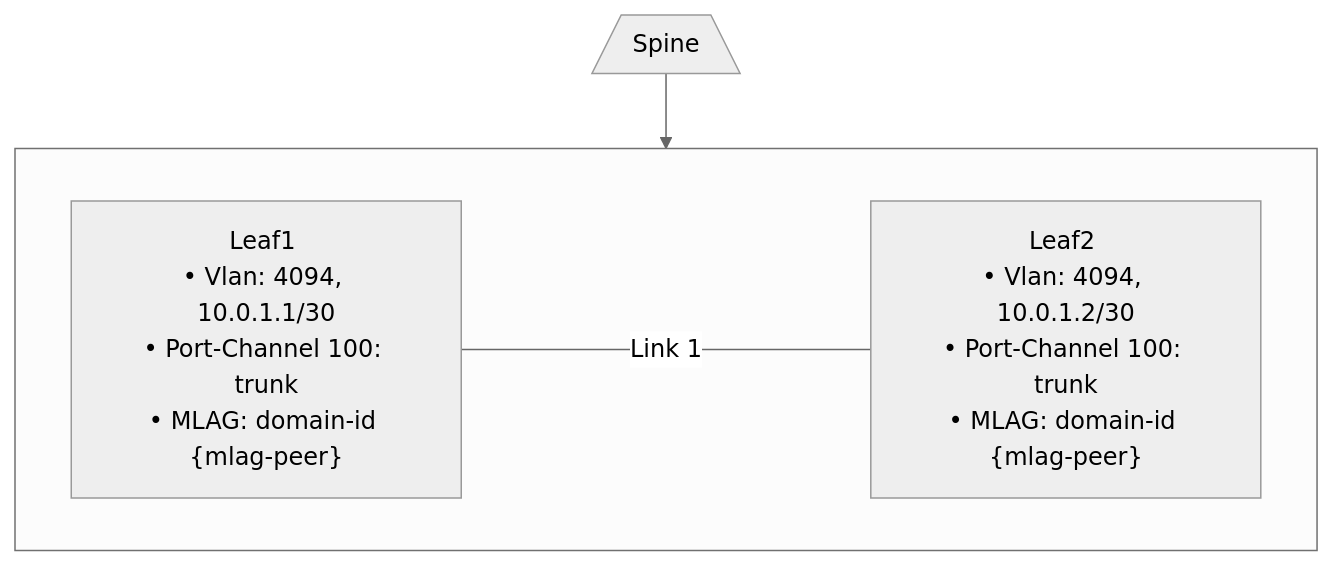
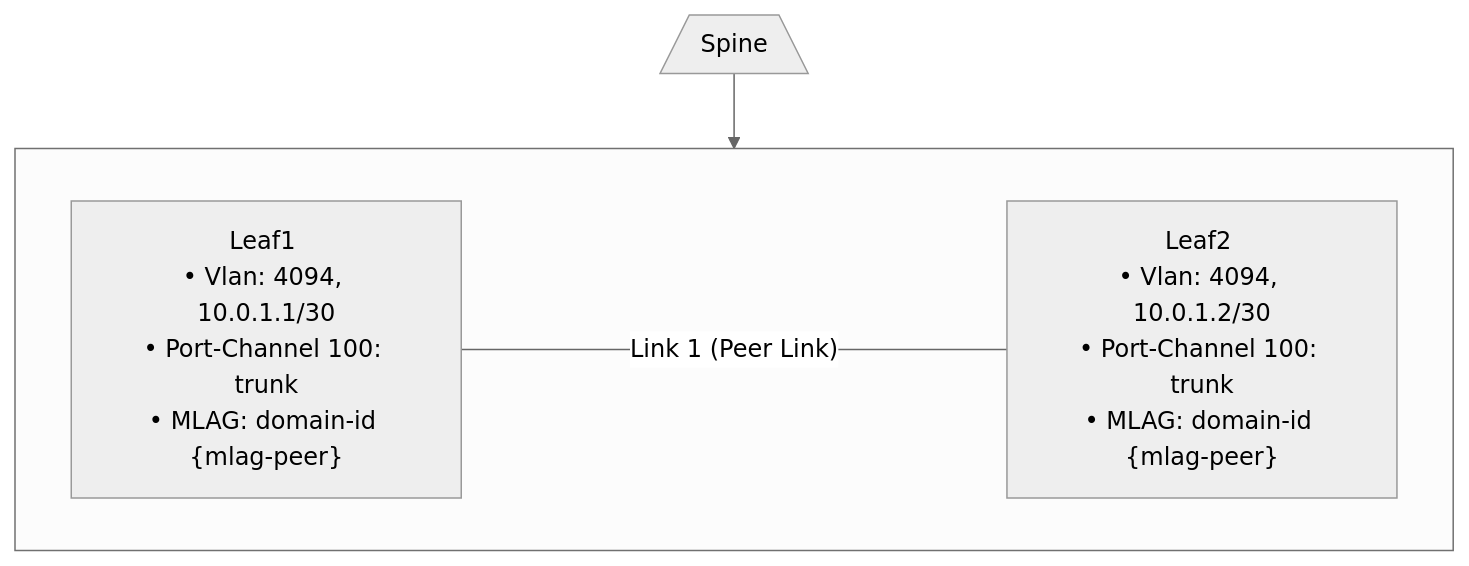
The diagram in MLAGVIEW.mmd (Juntab1/Arista_Notes), drawn with Mermaid (neutral theme) before and after one commit. The commit also changed 1 other file, not shown here.

Commit message:
updating diagrams

```diff
--- a/MLAGVIEW.mmd
+++ b/MLAGVIEW.mmd
@@ -1,12 +1,12 @@
 flowchart TB
     n1["Spine"]
     n1@{ shape: trap-b }
 
     subgraph leaves [" "]
         direction LR
         n2["Leaf1 <br/>• Vlan: 4094, 10.0.1.1/30<br/>• Port-Channel 100: trunk<br/>• MLAG: domain-id {mlag-peer}"]
         n3["Leaf2 <br/>• Vlan: 4094, 10.0.1.2/30<br/>• Port-Channel 100: trunk<br/>• MLAG: domain-id {mlag-peer}"]
-        n2 -----|"Link 1"| n3
+        n2 -----|"Link 1 (Peer Link)"| n3
     end
 
     n1 --> leaves
```
